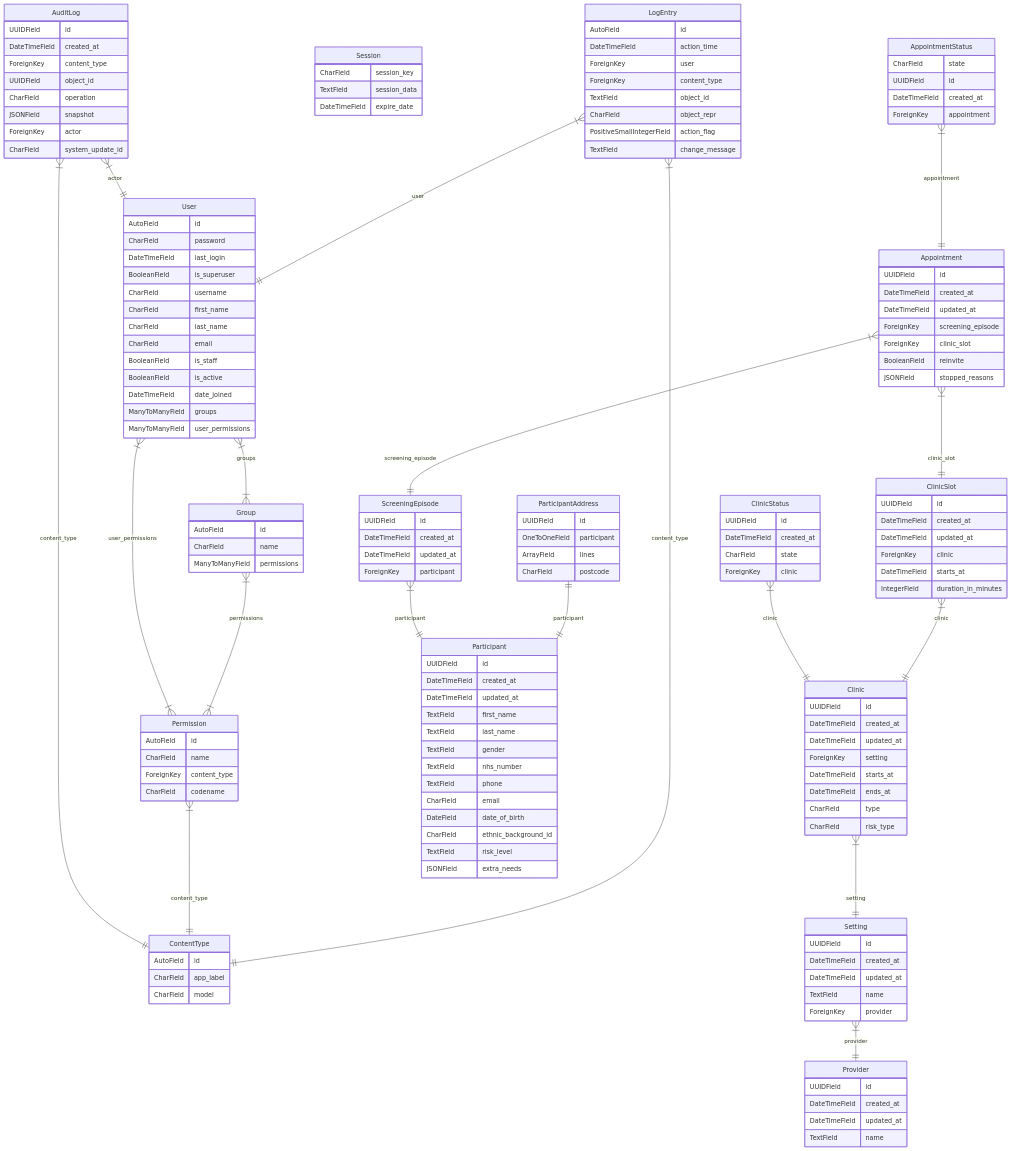
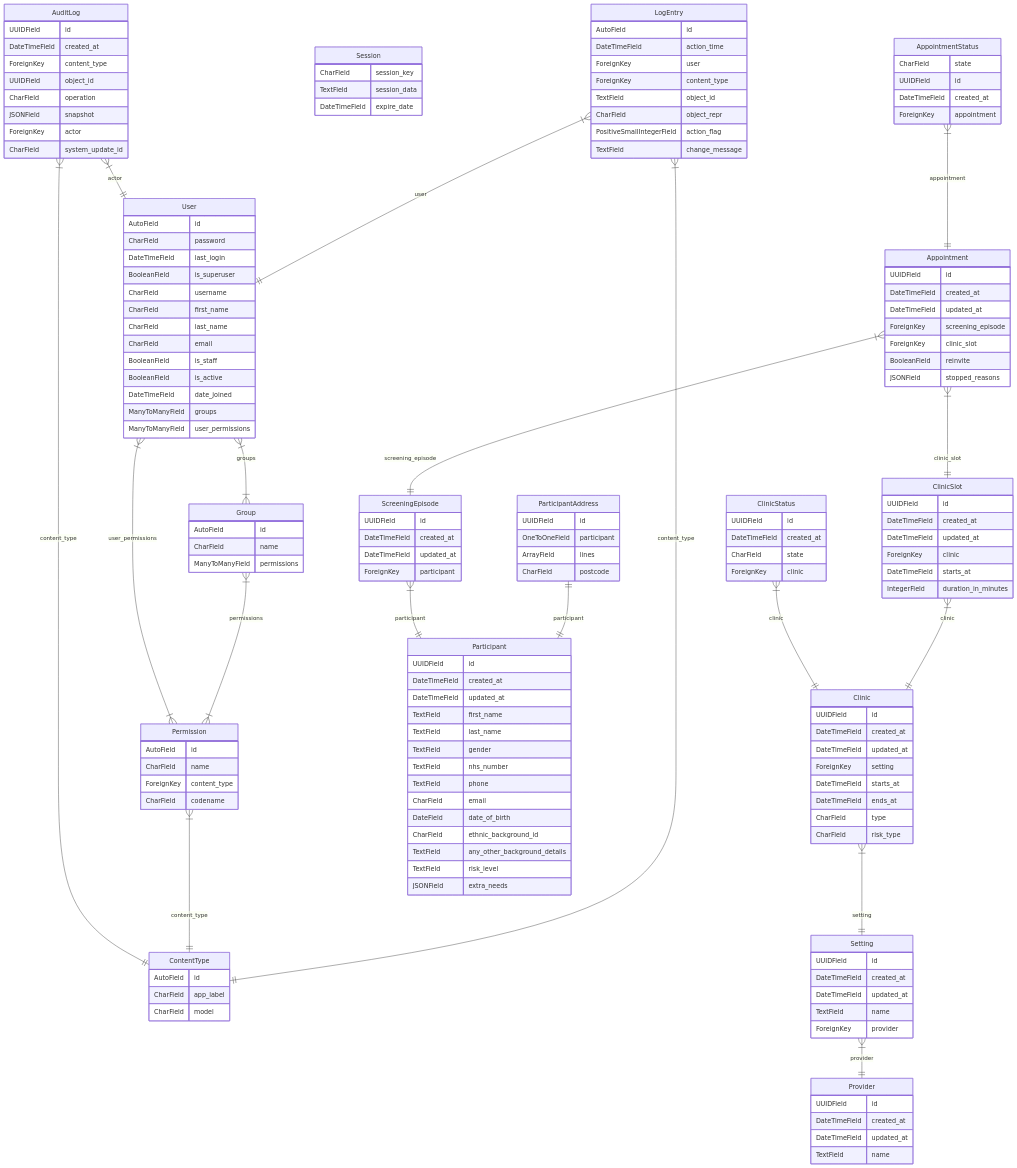
One commit to NHSDigital/manage-breast-screening changed the diagram in docs/diagrams/erd.md. Above: the diagram before and after it, drawn with Mermaid. The commit also changed 3 other files, not shown here.

First line of the commit message:
Add any_other_background_details field to Participant

```diff
--- a/docs/diagrams/erd.md
+++ b/docs/diagrams/erd.md
@@ -108,6 +108,7 @@
     CharField email
     DateField date_of_birth
     CharField ethnic_background_id
+    TextField any_other_background_details
     TextField risk_level
     JSONField extra_needs
 }
```
